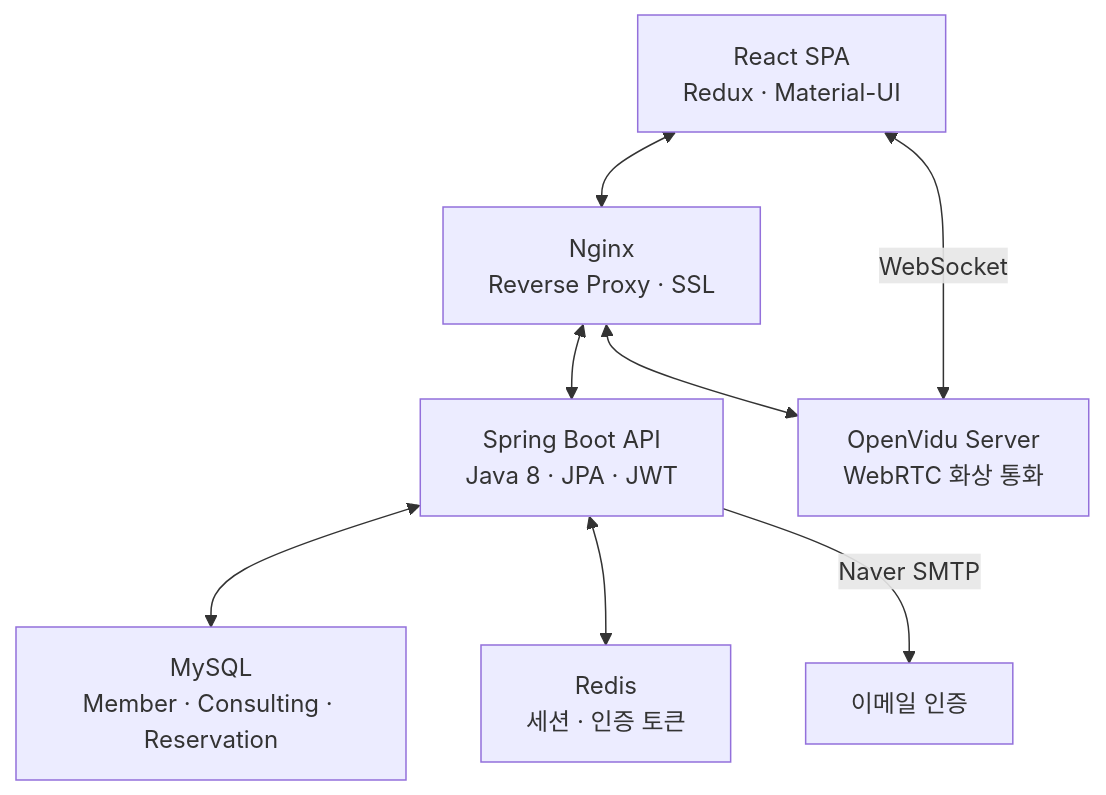
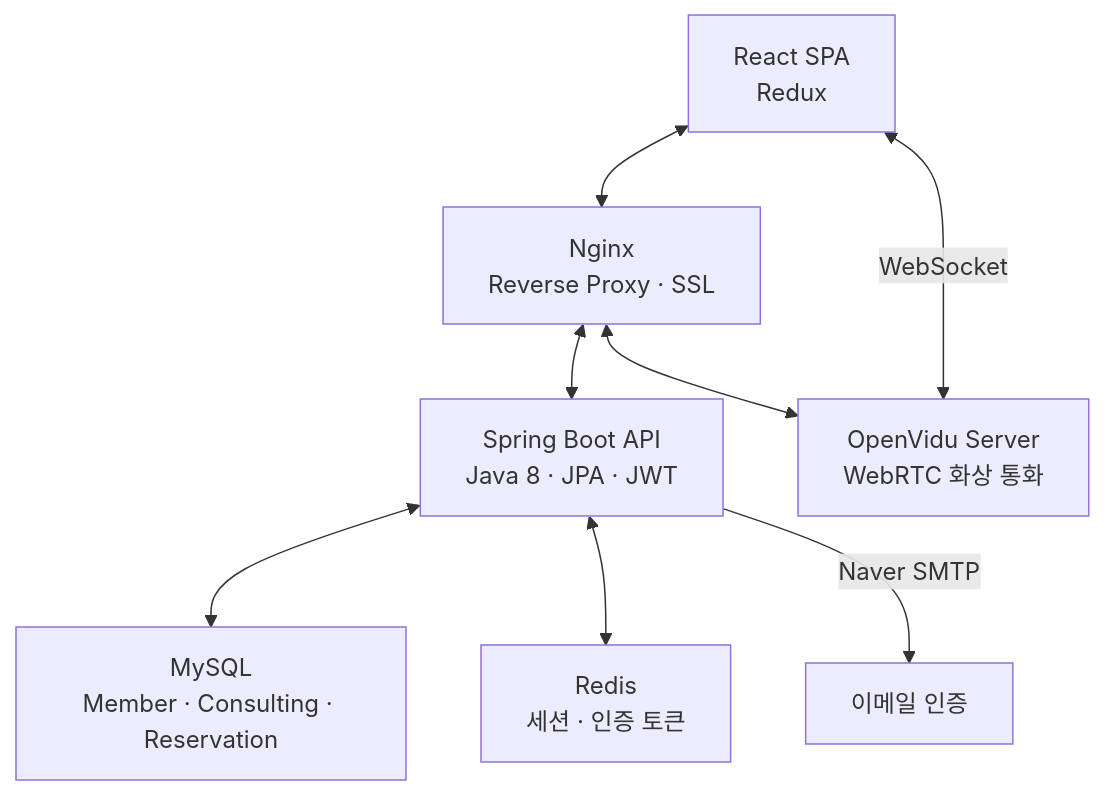
One commit to anveloper/anveloper.github.io changed the diagram in _projects/20220826-your-seasons.mdx. Above: the diagram before and after it, drawn with Mermaid. The commit also changed other lines of this file and 2 other files, not shown here.

````diff
--- a/_projects/20220826-your-seasons.mdx
+++ b/_projects/20220826-your-seasons.mdx
@@ -60,10 +60,10 @@
 ```mermaid
 flowchart TD
-  Frontend["React SPA\nRedux · Material-UI"] <--> Nginx["Nginx\nReverse Proxy · SSL"]
+  Frontend["React SPA\nRedux"] <--> Nginx["Nginx\nReverse Proxy · SSL"]
   Nginx <--> Backend["Spring Boot API\nJava 8 · JPA · JWT"]
   Nginx <--> OpenVidu["OpenVidu Server\nWebRTC 화상 통화"]
   Backend <--> MySQL["MySQL\nMember · Consulting · Reservation"]
   Backend <--> Redis["Redis\n세션 · 인증 토큰"]
   Backend -->|"Naver SMTP"| Email["이메일 인증"]
   Frontend <-->|"WebSocket"| OpenVidu
 ```
````
